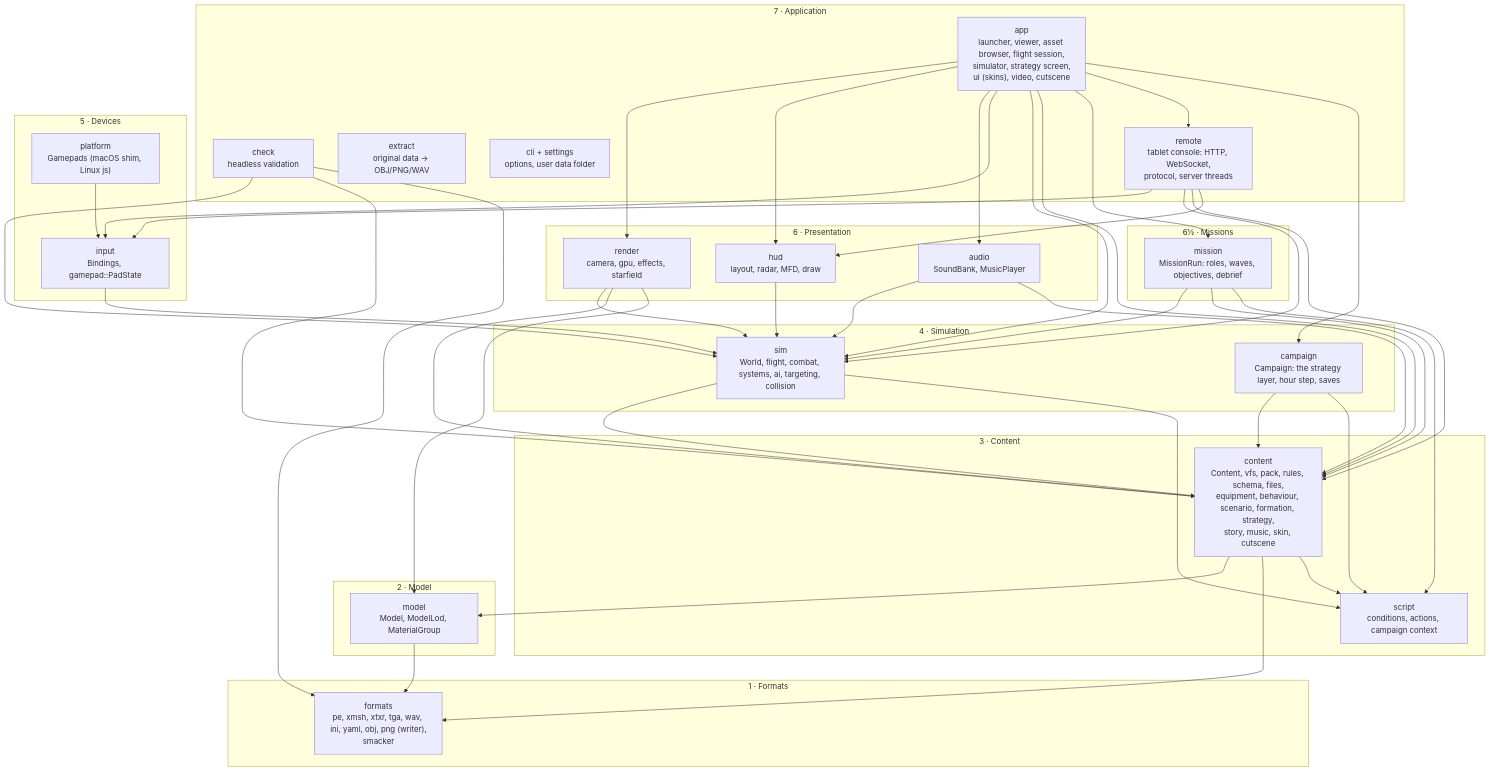
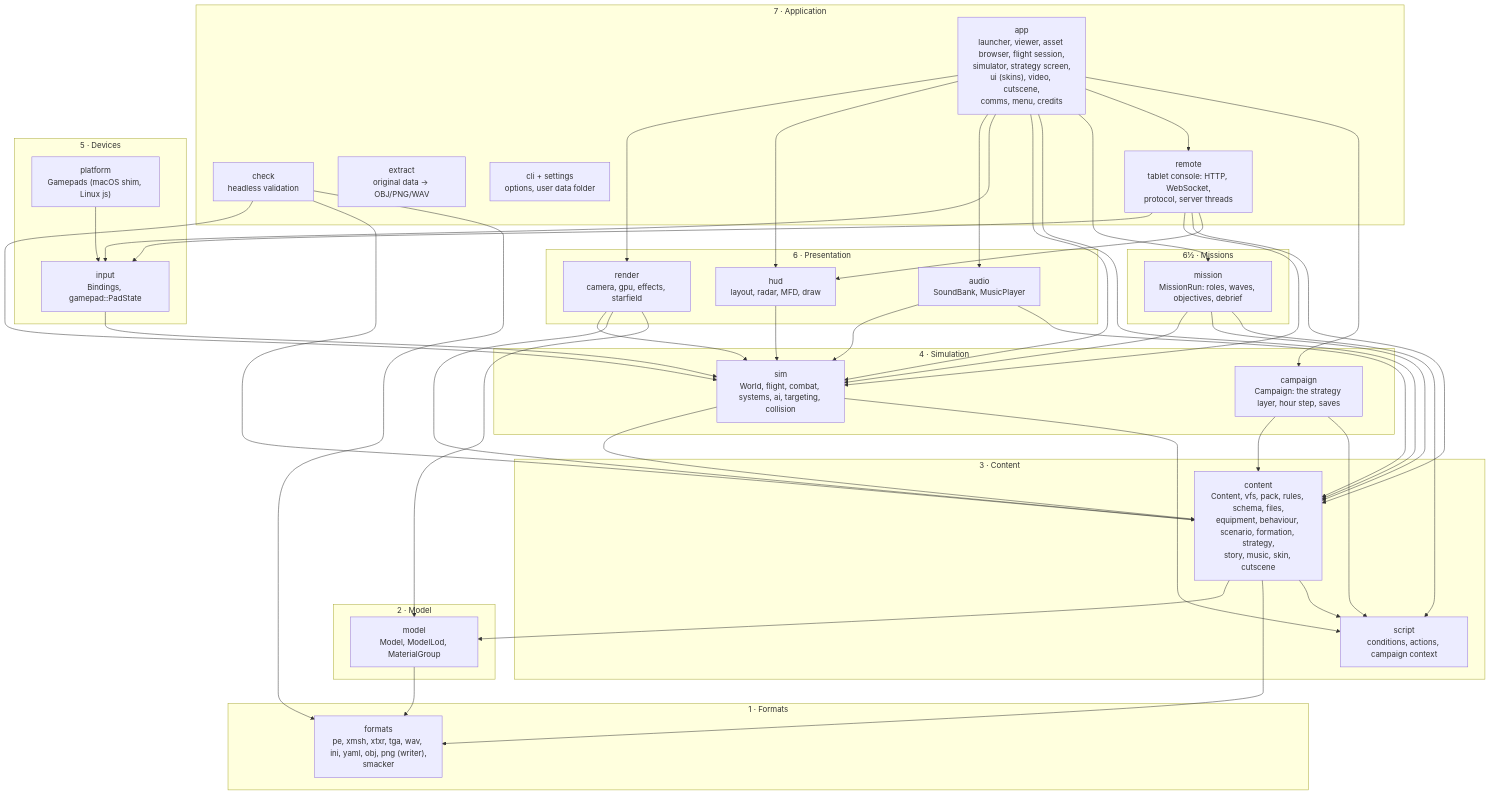
Before and after one commit to bbogovich/OpenInterceptor: the first of 4 diagrams in docs/implementation/architecture/index.md, drawn with Mermaid. The commit also changed 19 other files, not shown here.

First line of the commit message:
Site 0.22.0 (spec 1.16.0): 6.2 main menu and credits (app 0.14.0)

````diff
--- a/docs/implementation/architecture/index.md
+++ b/docs/implementation/architecture/index.md
@@ -20,49 +20,49 @@
 ```mermaid
 flowchart TB
     subgraph L7["7 · Application"]
-        APP["app<br/>launcher, viewer, asset browser, flight session,<br/>simulator, strategy screen,<br/>ui (skins), video, cutscene"]
+        APP["app<br/>launcher, viewer, asset browser, flight session,<br/>simulator, strategy screen,<br/>ui (skins), video, cutscene,<br/>comms, menu, credits"]
         CK["check<br/>headless validation"]
         EX["extract<br/>original data → OBJ/PNG/WAV"]
         CLI["cli + settings<br/>options, user data folder"]
         RM["remote<br/>tablet console: HTTP, WebSocket,<br/>protocol, server threads"]
     end
     subgraph LM["6½ · Missions"]
         MI["mission<br/>MissionRun: roles, waves, objectives, debrief"]
     end
     subgraph L6["6 · Presentation"]
         R["render<br/>camera, gpu, effects, starfield"]
         H["hud<br/>layout, radar, MFD, draw"]
         AU["audio<br/>SoundBank, MusicPlayer"]
     end
     subgraph L5["5 · Devices"]
         IN["input<br/>Bindings, gamepad::PadState"]
         PL["platform<br/>Gamepads (macOS shim, Linux js)"]
     end
     subgraph L4["4 · Simulation"]
         S["sim<br/>World, flight, combat, systems, ai, targeting, collision"]
         CA["campaign<br/>Campaign: the strategy layer, hour step, saves"]
     end
     subgraph L3["3 · Content"]
         C["content<br/>Content, vfs, pack, rules, schema, files,<br/>equipment, behaviour, scenario, formation, strategy,<br/>story, music, skin, cutscene"]
         SC["script<br/>conditions, actions, campaign context"]
     end
     subgraph L2["2 · Model"]
         M["model<br/>Model, ModelLod, MaterialGroup"]
     end
     subgraph L1["1 · Formats"]
         F["formats<br/>pe, xmsh, xtxr, tga, wav, ini, yaml, obj, png (writer),<br/>smacker"]
     end
     APP --> R & H & AU & IN & S & C & MI & RM & CA
     CA --> C & SC
     RM --> IN & S & C & H
     MI --> S & C & SC
     CK --> S & C & F
     R --> S & C & M
     H --> S
     AU --> S & C
     IN --> S
     PL --> IN
     S --> C & SC
     C --> M & F & SC
     M --> F
 ```
````
